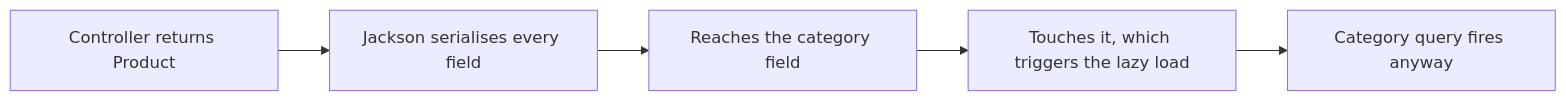
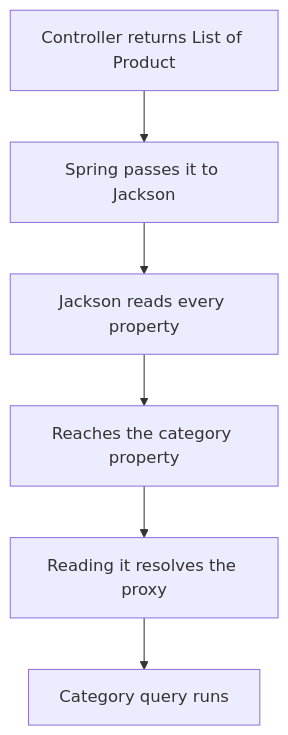
One commit to Dummy-Bug/system-design-handbook changed the diagram in Backend Engineering/09-Entity-Relationships/04-Never-Return-Your-Entities.md. Above: the diagram before and after it, drawn with Mermaid. The commit also changed other lines of this file and 11 other files, not shown here.

````diff
--- a/Backend Engineering/09-Entity-Relationships/04-Never-Return-Your-Entities.md
+++ b/Backend Engineering/09-Entity-Relationships/04-Never-Return-Your-Entities.md
@@ -69,7 +146,8 @@
 ```mermaid
-flowchart LR
-    A["Controller returns Product"] --> B["Jackson serialises every field"]
-    B --> C["Reaches the category field"]
-    C --> D["Touches it, which triggers the lazy load"]
-    D --> E["Category query fires anyway"]
+flowchart TD
+    A["Controller returns List of Product"] --> B["Spring passes it to Jackson"]
+    B --> C["Jackson reads every property"]
+    C --> D["Reaches the category property"]
+    D --> E["Reading it resolves the proxy"]
+    E --> F["Category query runs"]
 ```
````
